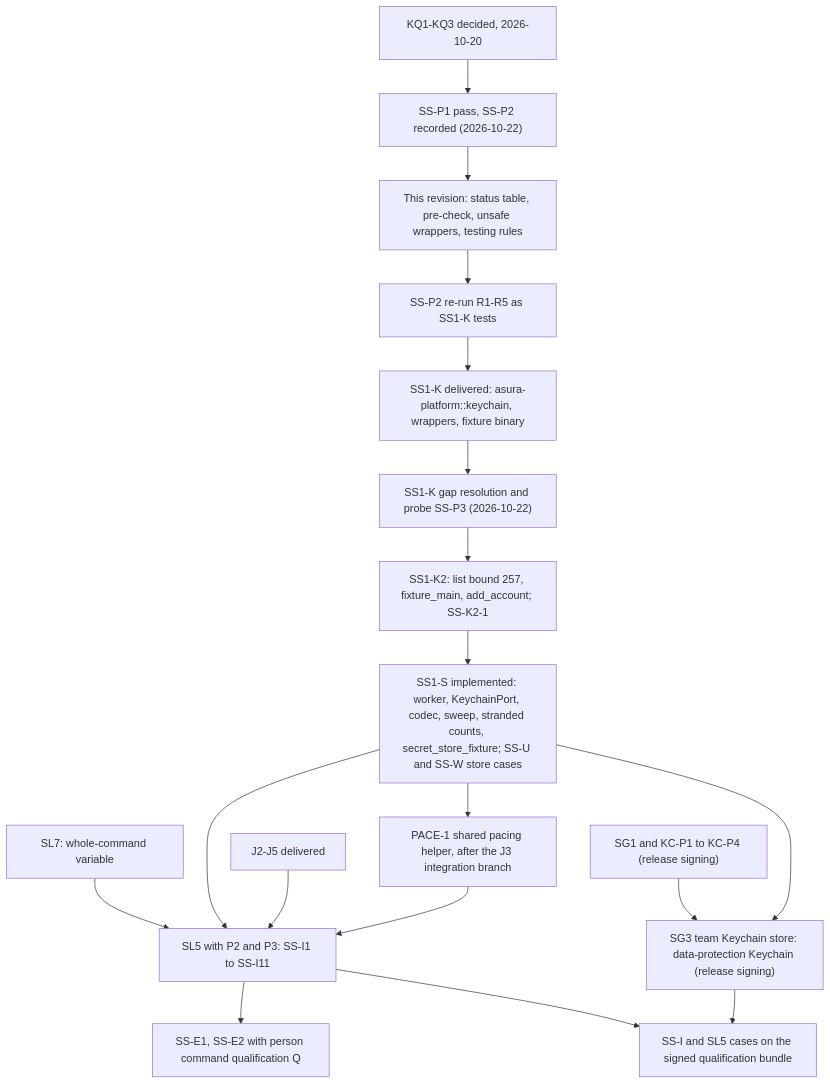
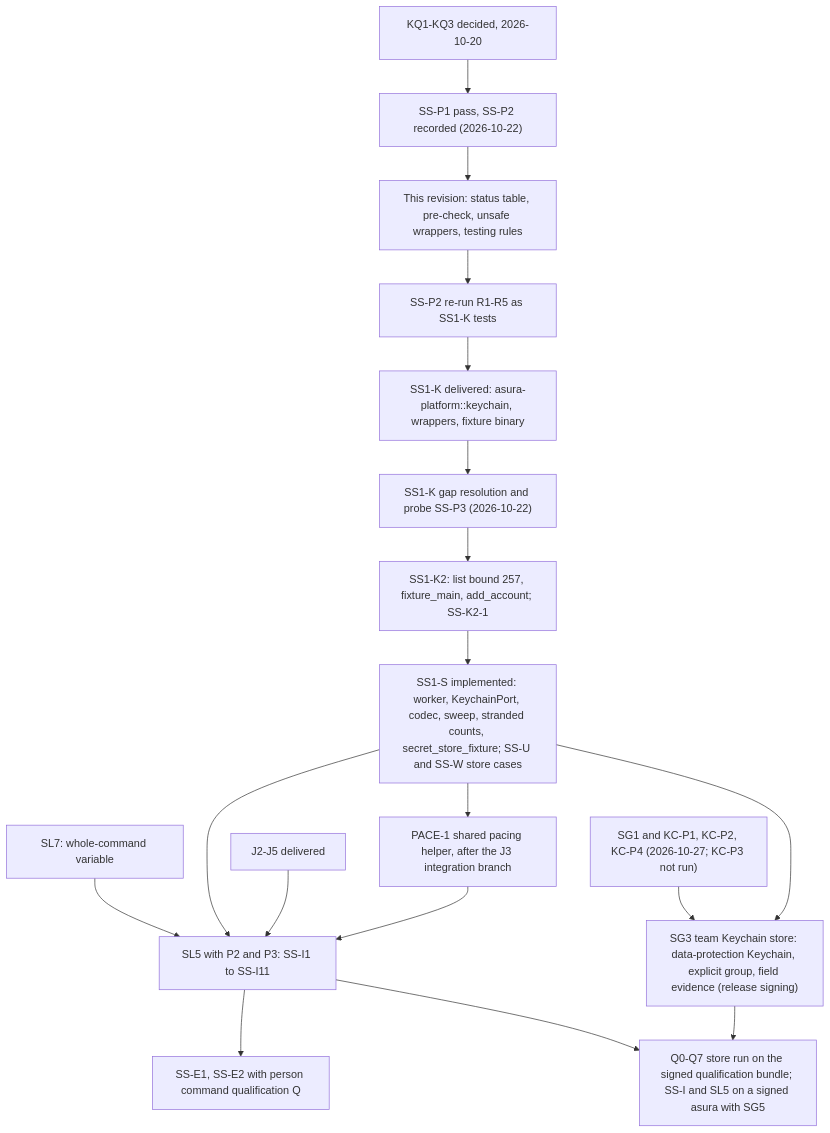
The fourth of 4 diagrams in docs/designs/secret-store.md (pidster/asura), drawn with Mermaid before and after one commit. The commit also changed other lines of this file and 4 other files, not shown here.

First line of the commit message:
Revise the team Keychain store design for the KC probe results (SG3)

````diff
--- a/docs/designs/secret-store.md
+++ b/docs/designs/secret-store.md
@@ -918,20 +950,20 @@
 ```mermaid
 flowchart TD
     KQ["KQ1-KQ3 decided, 2026-10-20"] --> Probe["SS-P1 pass, SS-P2 recorded (2026-10-22)"]
     Probe --> Rev["This revision: status table, pre-check, unsafe wrappers, testing rules"]
     Rev --> Rerun["SS-P2 re-run R1-R5 as SS1-K tests"]
     Rerun --> SSK["SS1-K delivered: asura-platform::keychain, wrappers, fixture binary"]
     SSK --> Gaps["SS1-K gap resolution and probe SS-P3 (2026-10-22)"]
     Gaps --> SSK2["SS1-K2: list bound 257, fixture_main, add_account; SS-K2-1"]
     SSK2 --> SSS["SS1-S implemented: worker, KeychainPort, codec, sweep, stranded counts, secret_store_fixture; SS-U and SS-W store cases"]
     SSS --> PACE["PACE-1 shared pacing helper, after the J3 integration branch"]
     PACE --> SL5
     J["J2-J5 delivered"] --> SL5["SL5 with P2 and P3: SS-I1 to SS-I11"]
     SSS --> SL5
     SL7["SL7: whole-command variable"] --> SL5
     SL5 --> E2E["SS-E1, SS-E2 with person command qualification Q"]
-    SSS --> SG3["SG3 team Keychain store: data-protection Keychain (release signing)"]
-    SGK["SG1 and KC-P1 to KC-P4 (release signing)"] --> SG3
-    SG3 --> E2E2["SS-I and SL5 cases on the signed qualification bundle"]
+    SSS --> SG3["SG3 team Keychain store: data-protection Keychain, explicit group, field evidence (release signing)"]
+    SGK["SG1 and KC-P1, KC-P2, KC-P4 (2026-10-27; KC-P3 not run)"] --> SG3
+    SG3 --> E2E2["Q0-Q7 store run on the signed qualification bundle; SS-I and SL5 on a signed asura with SG5"]
     SL5 --> E2E2
 ```
````
